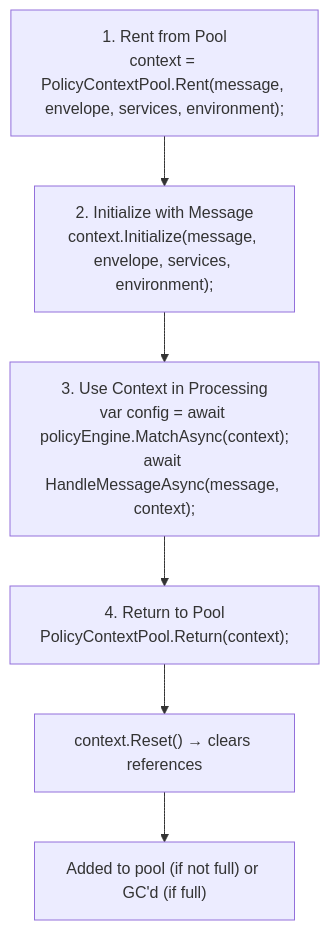
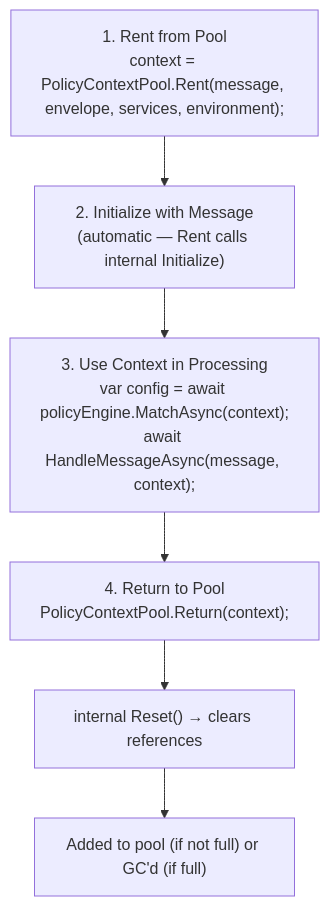
One commit to whizbang-lib/whizbang-lib.github.io changed the second of 2 diagrams in src/assets/docs/v1.0.0/operations/infrastructure/pooling.md. Above: the diagram before and after it, drawn with Mermaid. The commit also changed other lines of this file and 38 other files, not shown here.

````diff
--- a/src/assets/docs/v1.0.0/operations/infrastructure/pooling.md
+++ b/src/assets/docs/v1.0.0/operations/infrastructure/pooling.md
@@ -57,11 +64,11 @@
 ```mermaid
 flowchart TD
     Rent["1. Rent from Pool<br/>context = PolicyContextPool.Rent(message, envelope, services, environment);"]
-    Initialize["2. Initialize with Message<br/>context.Initialize(message, envelope, services, environment);"]
+    Initialize["2. Initialize with Message<br/>(automatic — Rent calls internal Initialize)"]
     Use["3. Use Context in Processing<br/>var config = await policyEngine.MatchAsync(context);<br/>await HandleMessageAsync(message, context);"]
     Return["4. Return to Pool<br/>PolicyContextPool.Return(context);"]
-    Reset["context.Reset() → clears references"]
+    Reset["internal Reset() → clears references"]
     Outcome["Added to pool (if not full) or GC'd (if full)"]
 
     Rent --> Initialize --> Use --> Return --> Reset --> Outcome
 ```
````
